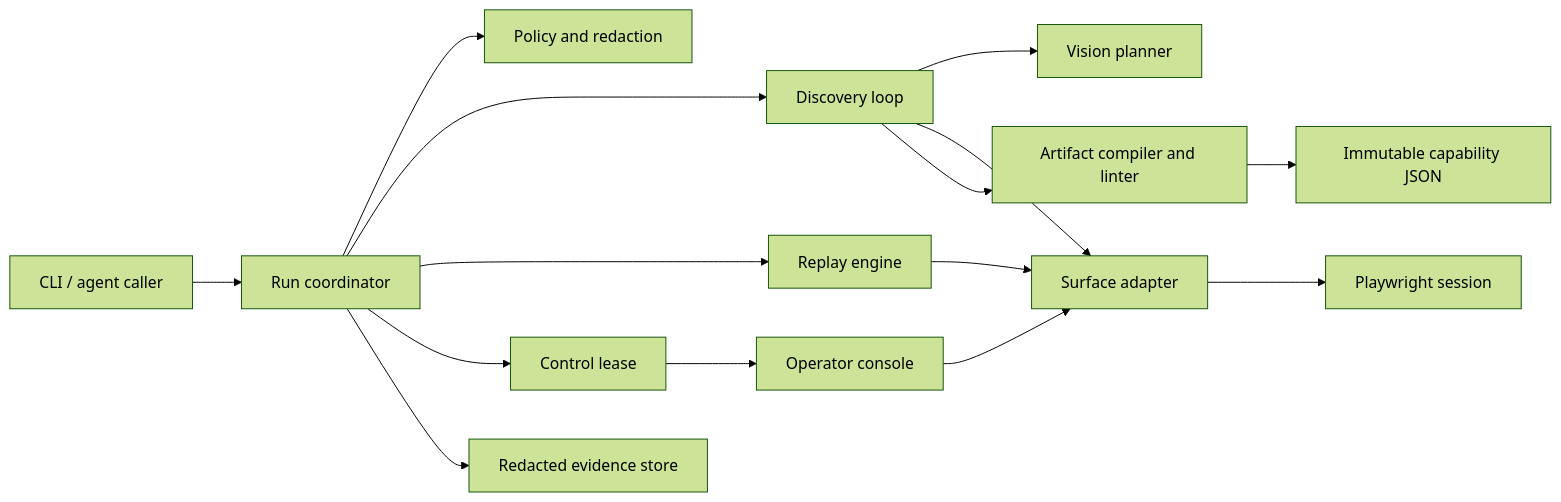
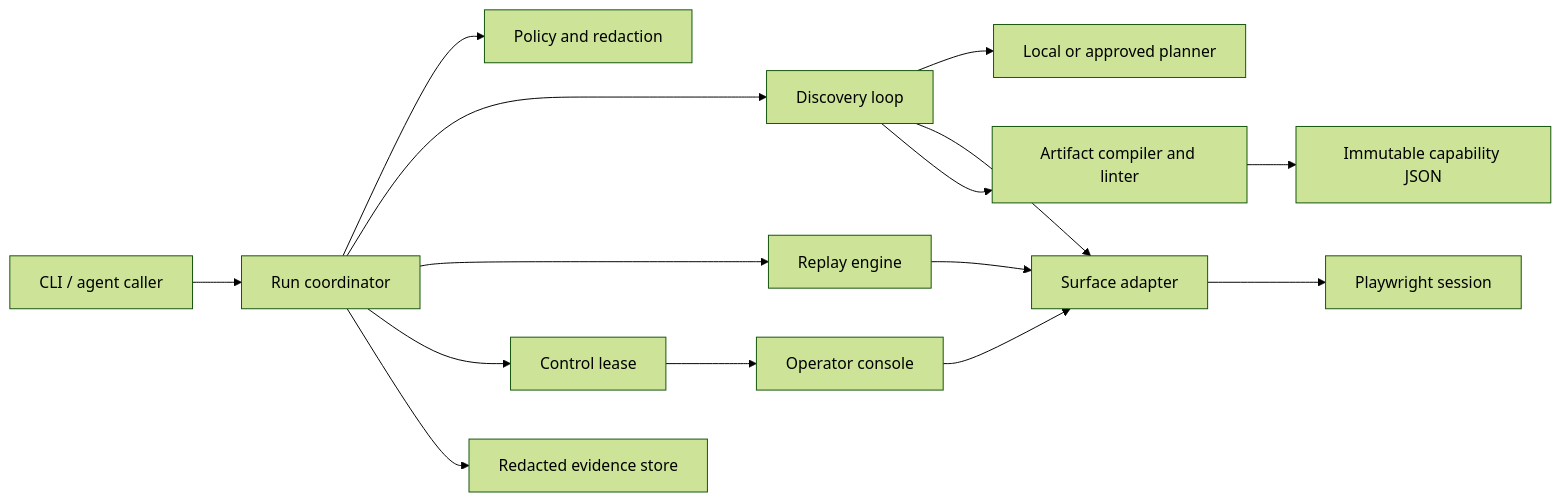
One commit to codelit-io/handrail-cua changed the first of 2 diagrams in docs/ARCHITECTURE.md. Above: the diagram before and after it, drawn with Mermaid (forest theme). The commit also changed other lines of this file and 44 other files, not shown here.

````diff
--- a/docs/ARCHITECTURE.md
+++ b/docs/ARCHITECTURE.md
@@ -11,17 +11,17 @@
 ```mermaid
 flowchart LR
   CLI[CLI / agent caller] --> Runtime[Run coordinator]
   Runtime --> Policy[Policy and redaction]
   Runtime --> Discovery[Discovery loop]
   Runtime --> Replay[Replay engine]
-  Discovery --> Model[Vision planner]
+  Discovery --> Model[Local or approved planner]
   Discovery --> Surface[Surface adapter]
   Replay --> Surface
   Surface --> Browser[Playwright session]
   Discovery --> Compiler[Artifact compiler and linter]
   Compiler --> Artifact[Immutable capability JSON]
   Runtime --> Lease[Control lease]
   Lease --> Operator[Operator console]
   Operator --> Surface
   Runtime --> Evidence[Redacted evidence store]
 ```
````
